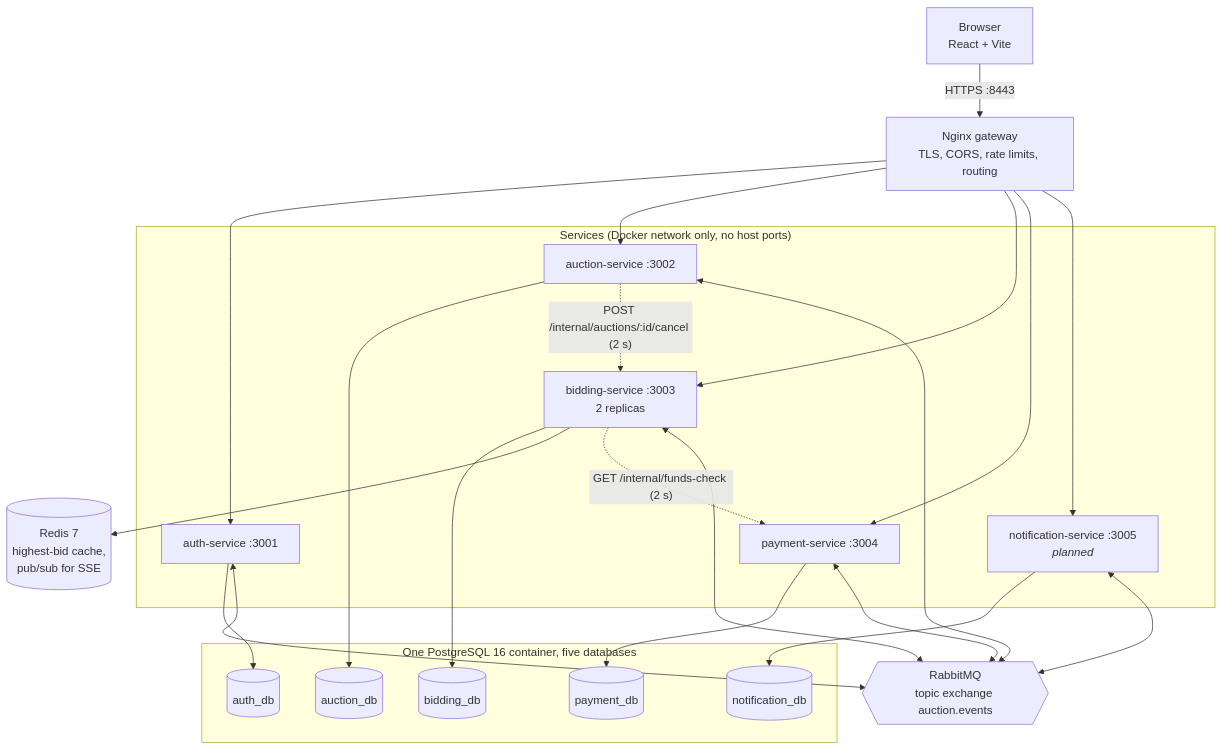
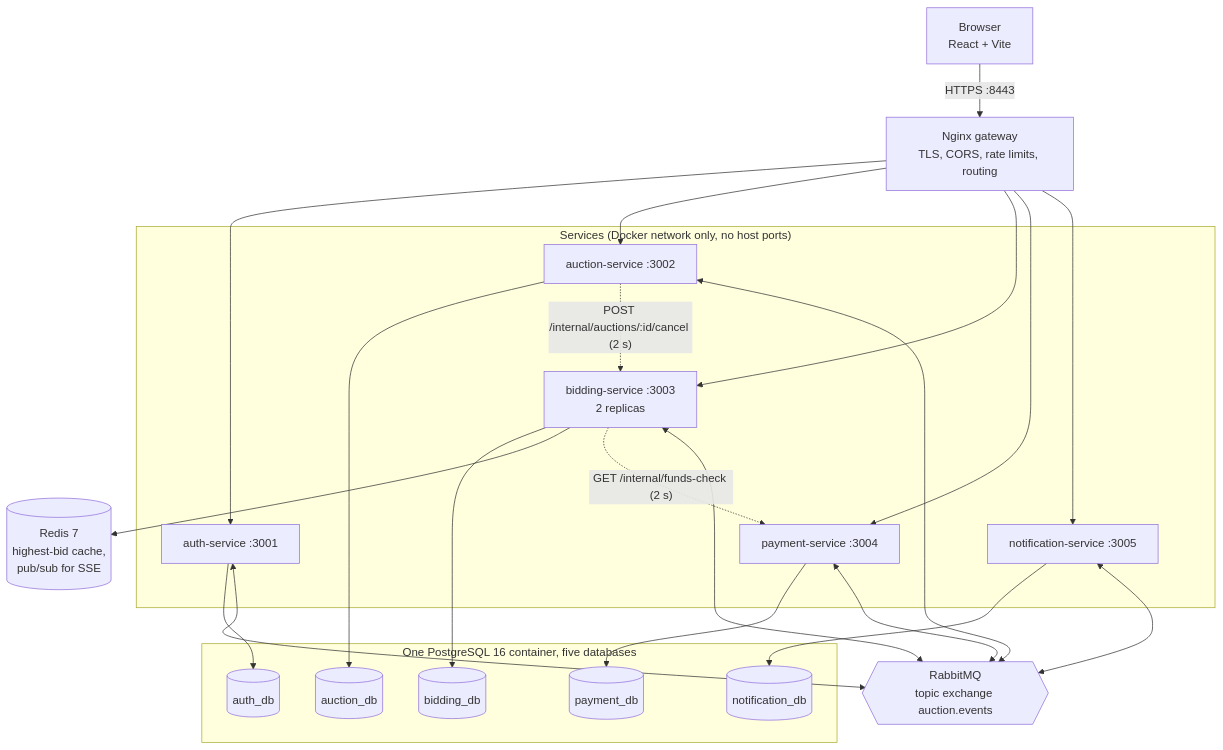
Before and after one commit to eronakuleta/online-auction-platform: the first of 7 diagrams in docs/architecture.md, drawn with Mermaid. The commit also changed other lines of this file and 11 other files, not shown here.

````diff
--- a/docs/architecture.md
+++ b/docs/architecture.md
@@ -14,39 +12,39 @@
 ```mermaid
 flowchart TB
   browser["Browser<br/>React + Vite"]
   gateway["Nginx gateway<br/>TLS, CORS, rate limits, routing"]
 
   subgraph services["Services (Docker network only, no host ports)"]
     auth["auth-service :3001"]
     auction["auction-service :3002"]
     bidding["bidding-service :3003<br/>2 replicas"]
     payment["payment-service :3004"]
-    notification["notification-service :3005<br/><i>planned</i>"]
+    notification["notification-service :3005"]
   end
 
   subgraph data["One PostgreSQL 16 container, five databases"]
     authdb[("auth_db")]
     auctiondb[("auction_db")]
     biddingdb[("bidding_db")]
     paymentdb[("payment_db")]
     notificationdb[("notification_db")]
   end
 
   redis[("Redis 7<br/>highest-bid cache,<br/>pub/sub for SSE")]
   mq{{"RabbitMQ<br/>topic exchange auction.events"}}
 
   browser -- "HTTPS :8443" --> gateway
   gateway --> auth & auction & bidding & payment & notification
   auth --> authdb
   auction --> auctiondb
   bidding --> biddingdb
   bidding --> redis
   payment --> paymentdb
   notification --> notificationdb
 
   auction -. "POST /internal/auctions/:id/cancel (2 s)" .-> bidding
   bidding -. "GET /internal/funds-check (2 s)" .-> payment
 
   auth & auction & bidding & payment <--> mq
   notification <--> mq
 ```
````
